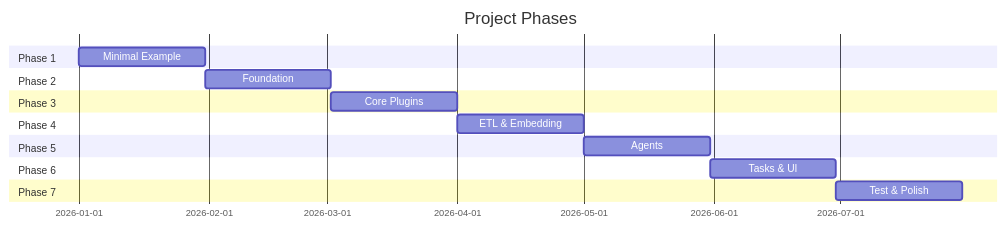
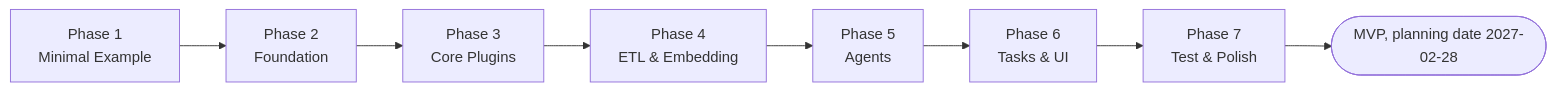
One commit to Stihotvor/law_by_ai changed the sixth of 6 diagrams in docs/architecture.md. Above: the diagram before and after it, drawn with Mermaid. The commit also changed other lines of this file and 2 other files, not shown here.

Commit message:
docs: set MVP planning date, align charter wording with ADR-0015

````diff
--- a/docs/architecture.md
+++ b/docs/architecture.md
@@ -610,18 +613,10 @@
 ```mermaid
-gantt
-    title Project Phases
-    section Phase 1
-    Minimal Example :a1, 2026-01-01, 30d
-    section Phase 2
-    Foundation :a2, after a1, 30d
-    section Phase 3
-    Core Plugins :a3, after a2, 30d
-    section Phase 4
-    ETL & Embedding :a4, after a3, 30d
-    section Phase 5
-    Agents :a5, after a4, 30d
-    section Phase 6
-    Tasks & UI :a6, after a5, 30d
-    section Phase 7
-    Test & Polish :a7, after a6, 30d
+flowchart LR
+    P1[Phase 1<br/>Minimal Example] --> P2[Phase 2<br/>Foundation]
+    P2 --> P3[Phase 3<br/>Core Plugins]
+    P3 --> P4[Phase 4<br/>ETL & Embedding]
+    P4 --> P5[Phase 5<br/>Agents]
+    P5 --> P6[Phase 6<br/>Tasks & UI]
+    P6 --> P7[Phase 7<br/>Test & Polish]
+    P7 --> MVP([MVP, planning date 2027-02-28])
 ```
````
